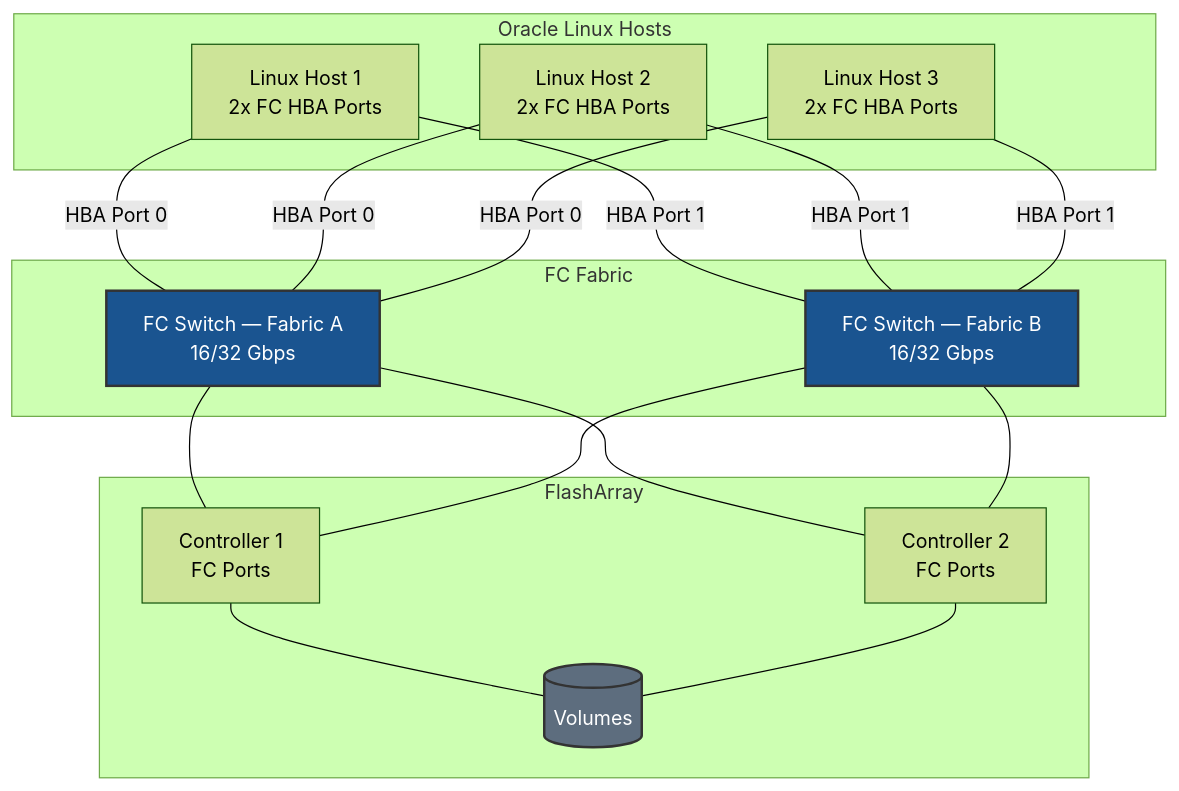
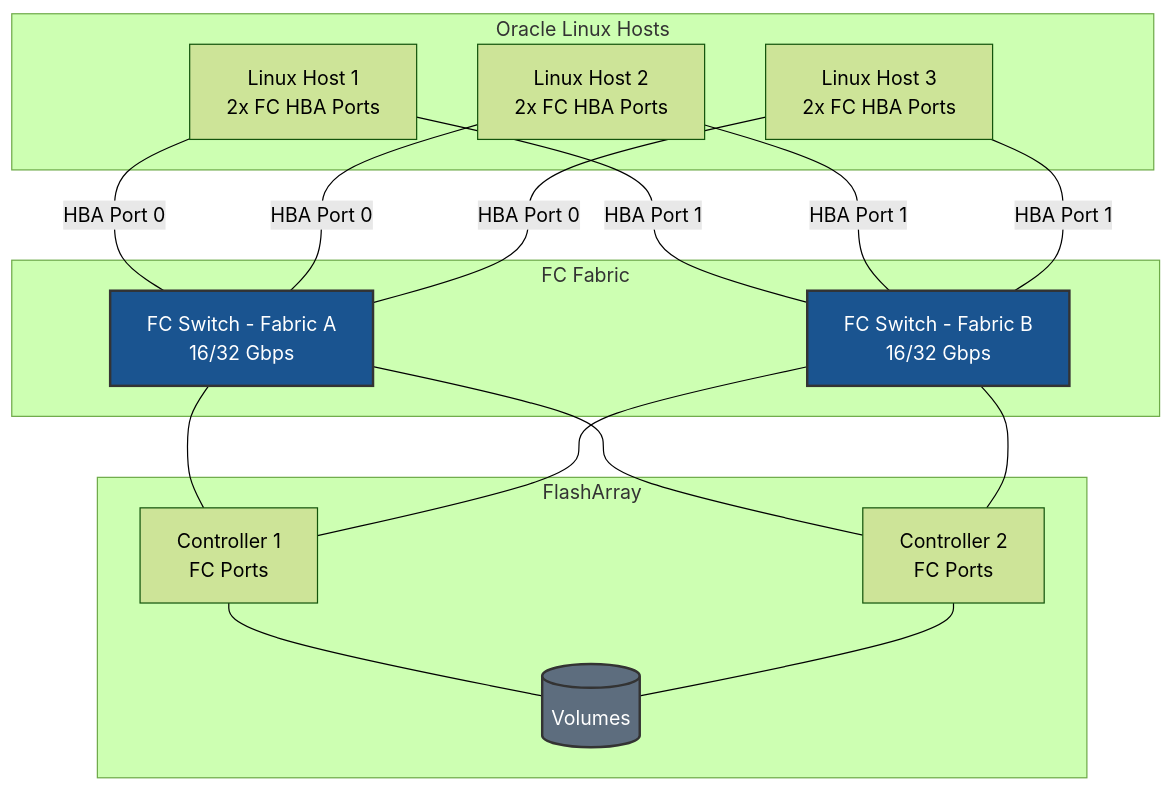
One commit to khensler/Quickstart-Guides changed the diagram in distributions/oracle/fc/BEST-PRACTICES.md. Above: the diagram before and after it, drawn with Mermaid (forest theme). The commit also changed other lines of this file and 12 other files, not shown here.

````diff
--- a/distributions/oracle/fc/BEST-PRACTICES.md
+++ b/distributions/oracle/fc/BEST-PRACTICES.md
@@ -35,38 +35,38 @@
 ```mermaid
 flowchart TB
     subgraph "Oracle Linux Hosts"
         HOST1[Linux Host 1<br/>2x FC HBA Ports]
         HOST2[Linux Host 2<br/>2x FC HBA Ports]
         HOST3[Linux Host 3<br/>2x FC HBA Ports]
     end
 
     subgraph "FC Fabric"
-        SWA[FC Switch — Fabric A<br/>16/32 Gbps]
-        SWB[FC Switch — Fabric B<br/>16/32 Gbps]
+        SWA[FC Switch - Fabric A<br/>16/32 Gbps]
+        SWB[FC Switch - Fabric B<br/>16/32 Gbps]
     end
 
     subgraph "FlashArray"
         CTRL1[Controller 1<br/>FC Ports]
         CTRL2[Controller 2<br/>FC Ports]
         LUN[(Volumes)]
     end
 
     HOST1 ---|HBA Port 0| SWA
     HOST1 ---|HBA Port 1| SWB
     HOST2 ---|HBA Port 0| SWA
     HOST2 ---|HBA Port 1| SWB
     HOST3 ---|HBA Port 0| SWA
     HOST3 ---|HBA Port 1| SWB
 
     SWA --- CTRL1
     SWA --- CTRL2
     SWB --- CTRL1
     SWB --- CTRL2
 
     CTRL1 --- LUN
     CTRL2 --- LUN
 
     style LUN fill:#5d6d7e,stroke:#333,stroke-width:2px,color:#fff
     style SWA fill:#1a5490,stroke:#333,stroke-width:2px,color:#fff
     style SWB fill:#1a5490,stroke:#333,stroke-width:2px,color:#fff
 ```
````
